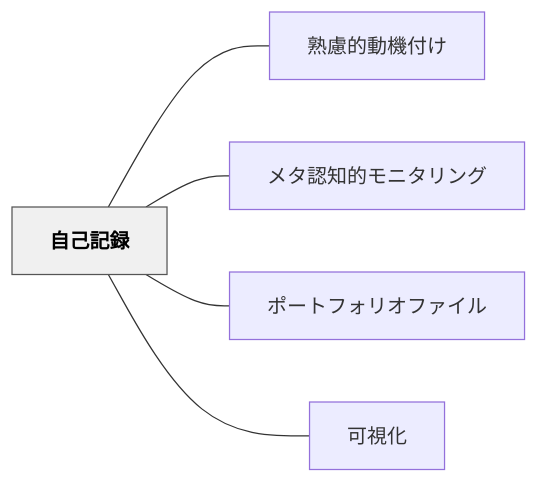
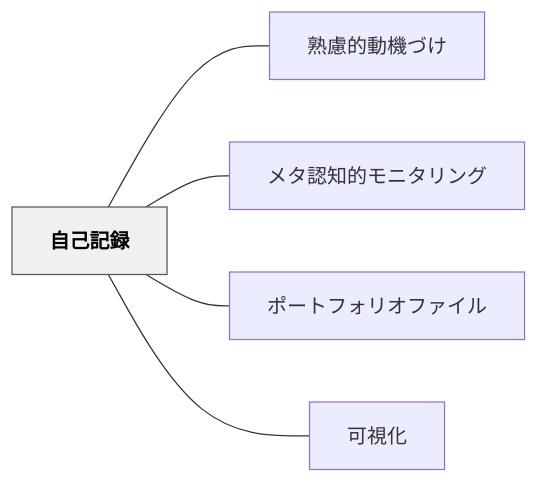
Before and after one commit to unknownthings-ed-patterns/unknownthings-ed-patterns: the diagram in content/パタン/自己記録.md, drawn with Mermaid. The commit also changed other lines of this file and 234 other files, not shown here.

````diff
--- a/content/パタン/自己記録.md
+++ b/content/パタン/自己記録.md
@@ -45,16 +45,16 @@
 ```mermaid
 flowchart LR
     ne887aae5b7b1e8a898e98cb2["自己記録"]
-    ne7869fe685aee79a84e58b95e6a99fe4bb98e38191["熟慮的動機付け"]
+    ne7869fe685aee79a84e58b95e6a99fe381a5e38191["熟慮的動機づけ"]
     ne383a1e382bfe8aa8de79fa5e79a84e383a2e3838be382bfe383aae383b3e382b0["メタ認知的モニタリング"]
     ne3839de383bce38388e38395e382a9e383aae382aae38395e382a1e382a4e383ab["ポートフォリオファイル"]
     ne58fafe8a696e58c96["可視化"]
 
-    ne887aae5b7b1e8a898e98cb2 --- ne7869fe685aee79a84e58b95e6a99fe4bb98e38191
+    ne887aae5b7b1e8a898e98cb2 --- ne7869fe685aee79a84e58b95e6a99fe381a5e38191
     ne887aae5b7b1e8a898e98cb2 --- ne383a1e382bfe8aa8de79fa5e79a84e383a2e3838be382bfe383aae383b3e382b0
     ne887aae5b7b1e8a898e98cb2 --- ne3839de383bce38388e38395e382a9e383aae382aae38395e382a1e382a4e383ab
     ne887aae5b7b1e8a898e98cb2 --- ne58fafe8a696e58c96
 
     classDef hub fill:#f0f0f0,stroke:#555,color:#000,font-weight:bold
     class ne887aae5b7b1e8a898e98cb2 hub
 ```
````
